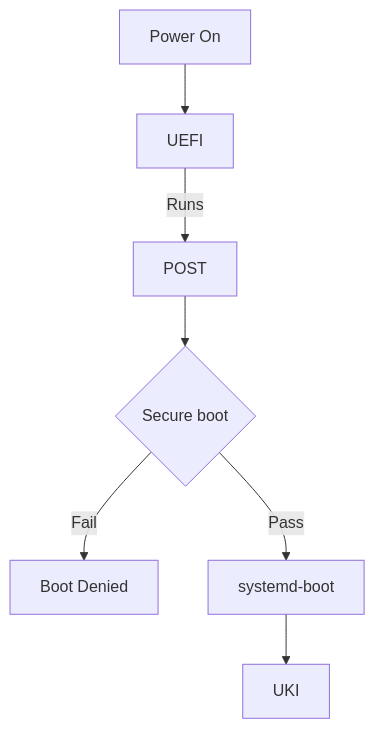
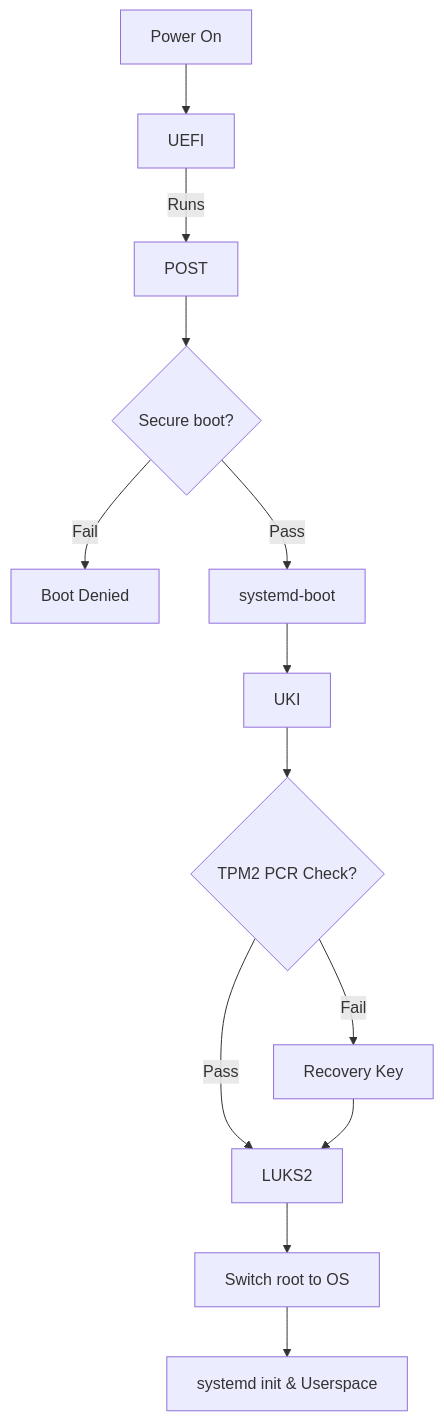
The diagram in README.md (Aldin-Dreamer/Arch-Hypr-Vault), drawn with Mermaid before and after one commit. The commit also changed other lines of this file, not shown here.

````diff
--- a/README.md
+++ b/README.md
@@ -126,9 +127,15 @@
 ```mermaid
 flowchart TD
     A[Power On] --> B[UEFI]
     B --> |Runs|C[POST]
-    C --> D{Secure boot}
+    C --> D{Secure boot?}
     D --> |Fail|E[Boot Denied]
     D --> |Pass|F[systemd-boot]
     F --> G[UKI]
+    G --> H{TPM2 PCR Check?}
+    H --> |Fail|I[Recovery Key]
+    H --> |Pass|J[LUKS2]
+    I --> J
+    J --> K[Switch root to OS]
+    K --> L[systemd init & Userspace]
 ```
````
